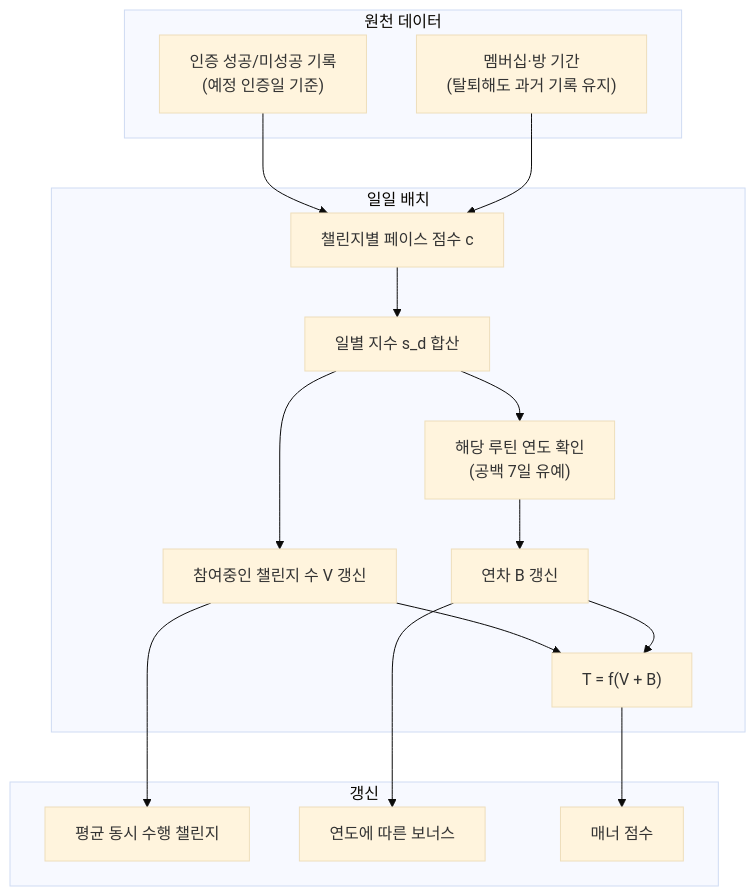
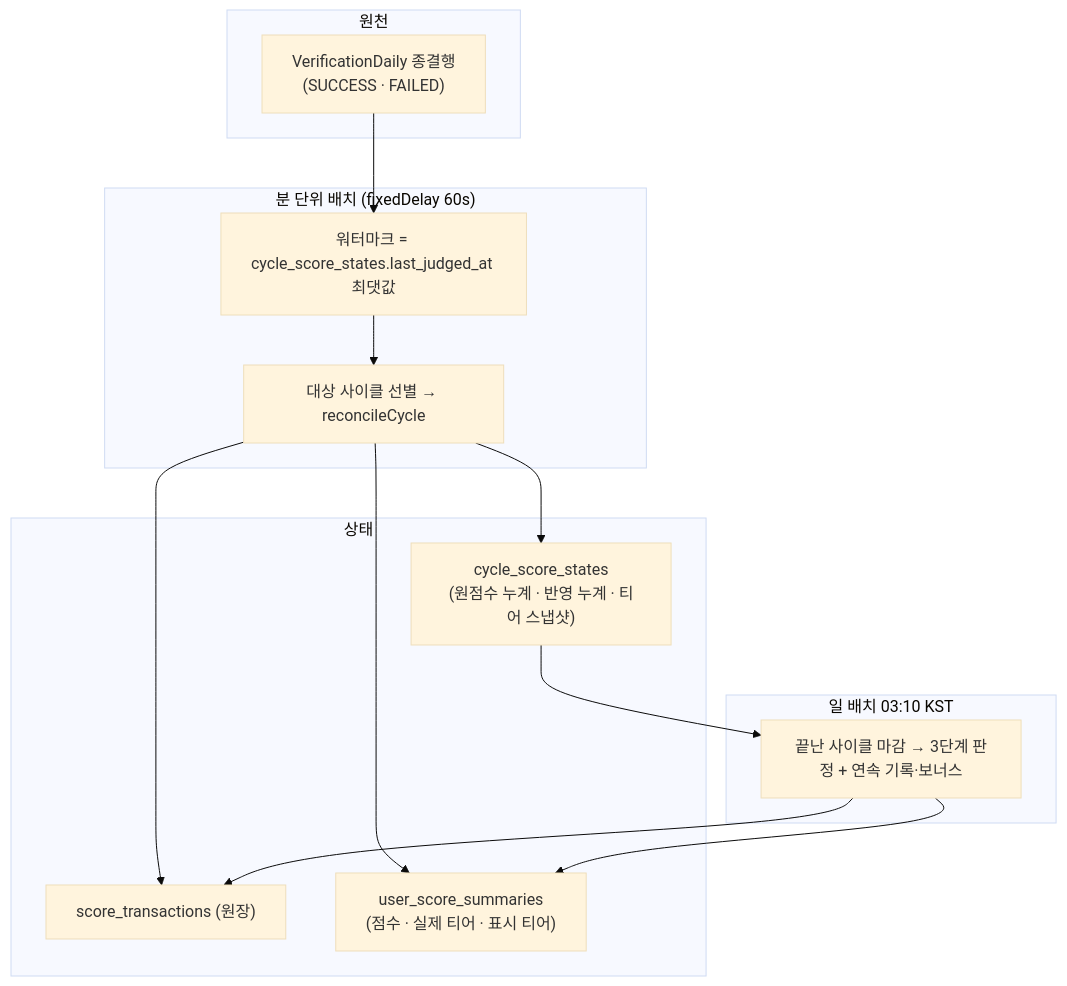
Before and after one commit to RuleUp-ASM/Backend: the second of 3 diagrams in docs/score/온도 계산 테크스펙 V1.md, drawn with Mermaid (base theme). The commit also changed other lines of this file and 7 other files, not shown here.

````diff
--- a/docs/score/온도 계산 테크스펙 V1.md
+++ b/docs/score/온도 계산 테크스펙 V1.md
@@ -171,34 +142,27 @@
 ```mermaid
-flowchart
-    subgraph SRC["원천 데이터"]
-        VR["인증 성공/미성공 기록<br/>(예정 인증일 기준)"]
-        MB["멤버십·방 기간<br/>(탈퇴해도 과거 기록 유지)"]
+flowchart TD
+    subgraph SRC["원천"]
+        VD["VerificationDaily 종결행<br/>(SUCCESS · FAILED)"]
     end
 
-    subgraph BATCH["일일 배치"]
-        C["챌린지별 페이스 점수 c"]
-        SD["일별 지수 s_d 합산"]
-        V["참여중인 챌린지 수 V 갱신"]
-        Q["해당 루틴 연도 확인<br/>(공백 7일 유예)"]
-        B["연차 B 갱신"]
-        F["T = f(V + B)"]
+    subgraph SYNC["분 단위 배치 (fixedDelay 60s)"]
+        W["워터마크 = cycle_score_states.last_judged_at 최댓값"]
+        R["대상 사이클 선별 → reconcileCycle"]
     end
 
-    subgraph DB["갱신"]
-        SV["평균 동시 수행 챌린지"]
-        SB["연도에 따른 보너스"]
-        T["매너 점수"]
+    subgraph CLOSE["일 배치 03:10 KST"]
+        CC["끝난 사이클 마감 → 3단계 판정 + 연속 기록·보너스"]
     end
 
-    VR --> C
-    MB --> C
-    C --> SD
-    SD --> V
-    SD --> Q
-    Q --> B
-    V --> F
-    B --> F
-    V --> SV
-    B --> SB
-    F --> T
+    subgraph STATE["상태"]
+        CS["cycle_score_states<br/>(원점수 누계 · 반영 누계 · 티어 스냅샷)"]
+        LG["score_transactions (원장)"]
+        SM["user_score_summaries<br/>(점수 · 실제 티어 · 표시 티어)"]
+    end
+
+    VD --> W --> R --> CS
+    R --> LG
+    R --> SM
+    CS --> CC --> SM
+    CC --> LG
 ```
````
